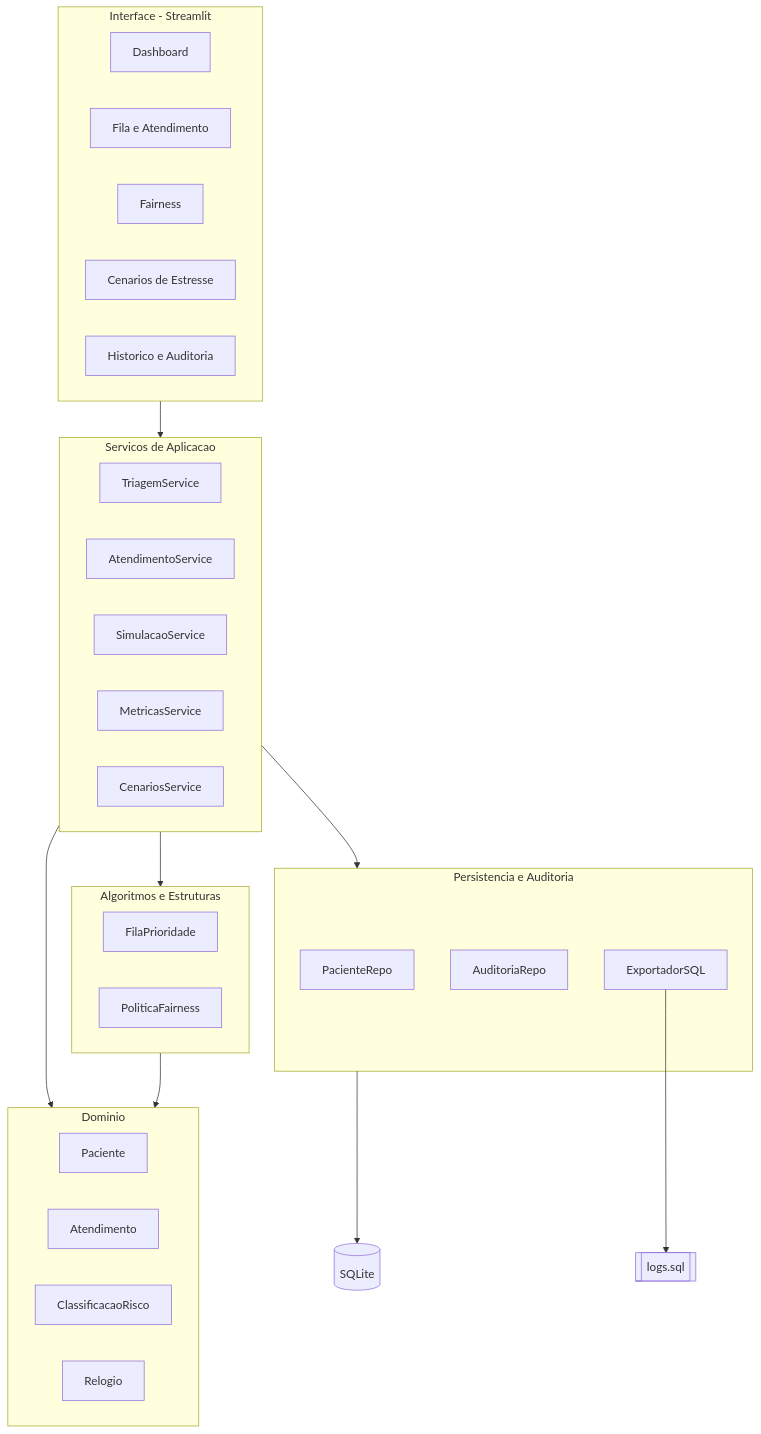
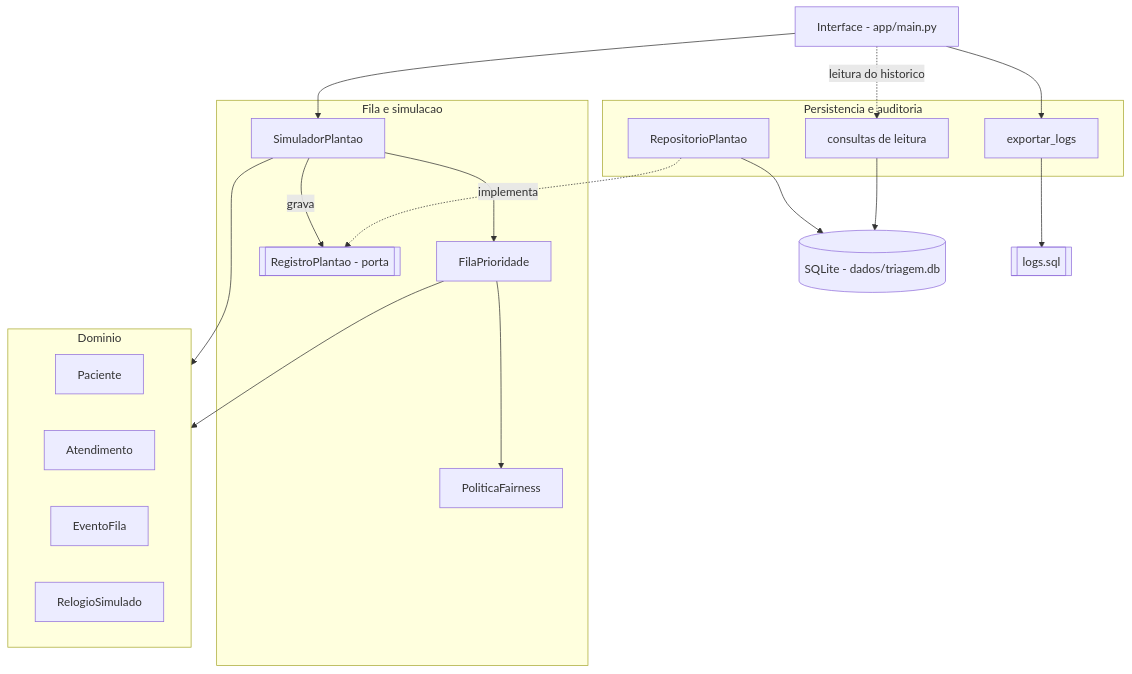
Before and after one commit to jjoollbu/sus-priority-scheduler: the first of 4 diagrams in docs/arquitetura_e_uml.md, drawn with Mermaid. The commit also changed other lines of this file and 3 other files, not shown here.

````diff
--- a/docs/arquitetura_e_uml.md
+++ b/docs/arquitetura_e_uml.md
@@ -84,41 +65,35 @@
 ```mermaid
 flowchart TB
-    subgraph UI[Interface - Streamlit]
-        P1[Dashboard]
-        P2[Fila e Atendimento]
-        P3[Fairness]
-        P4[Cenarios de Estresse]
-        P5[Historico e Auditoria]
-    end
-    subgraph APP[Servicos de Aplicacao]
-        TS[TriagemService]
-        AS[AtendimentoService]
-        SS[SimulacaoService]
-        MS[MetricasService]
-        CS[CenariosService]
+    UI[Interface - app/main.py]
+    subgraph FILA[Fila e simulacao]
+        SIM[SimuladorPlantao]
+        FP[FilaPrioridade]
+        PF[PoliticaFairness]
+        RP[[RegistroPlantao - porta]]
     end
     subgraph DOM[Dominio]
         PAC[Paciente]
         ATD[Atendimento]
-        ENUM[ClassificacaoRisco]
-        REL[Relogio]
+        EV[EventoFila]
+        REL[RelogioSimulado]
     end
-    subgraph ALG[Algoritmos e Estruturas]
-        FP[FilaPrioridade]
-        PF[PoliticaFairness]
+    subgraph PER[Persistencia e auditoria]
+        REPO[RepositorioPlantao]
+        CONS[consultas de leitura]
+        EX[exportar_logs]
     end
-    subgraph PER[Persistencia e Auditoria]
-        PR[PacienteRepo]
-        AR[AuditoriaRepo]
-        EX[ExportadorSQL]
-    end
-    DB[(SQLite)]
+    DB[(SQLite - dados/triagem.db)]
     SQL[[logs.sql]]
-    UI --> APP
-    APP --> DOM
-    APP --> ALG
-    ALG --> DOM
-    APP --> PER
-    PER --> DB
+    UI --> SIM
+    SIM --> FP
+    FP --> PF
+    SIM --> DOM
+    FP --> DOM
+    SIM -->|grava| RP
+    REPO -.->|implementa| RP
+    REPO --> DB
+    UI -.->|leitura do historico| CONS
+    UI --> EX
+    CONS --> DB
     EX --> SQL
 ```
````
